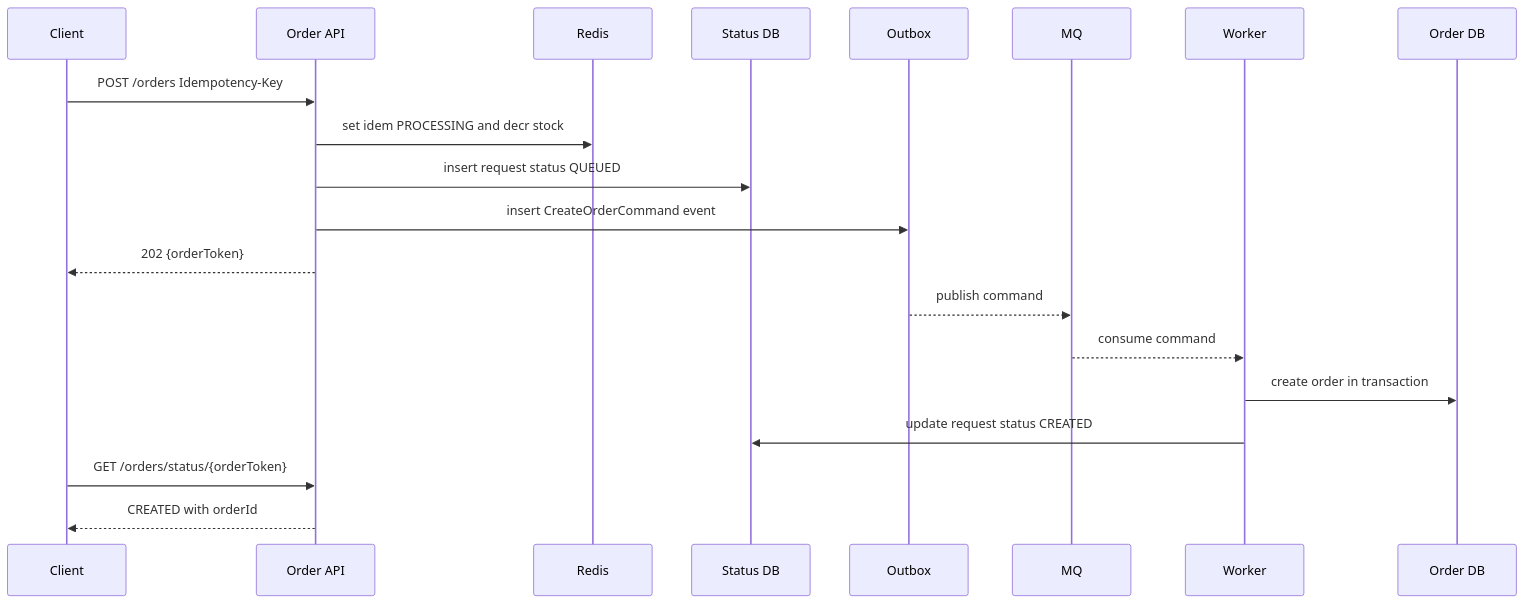
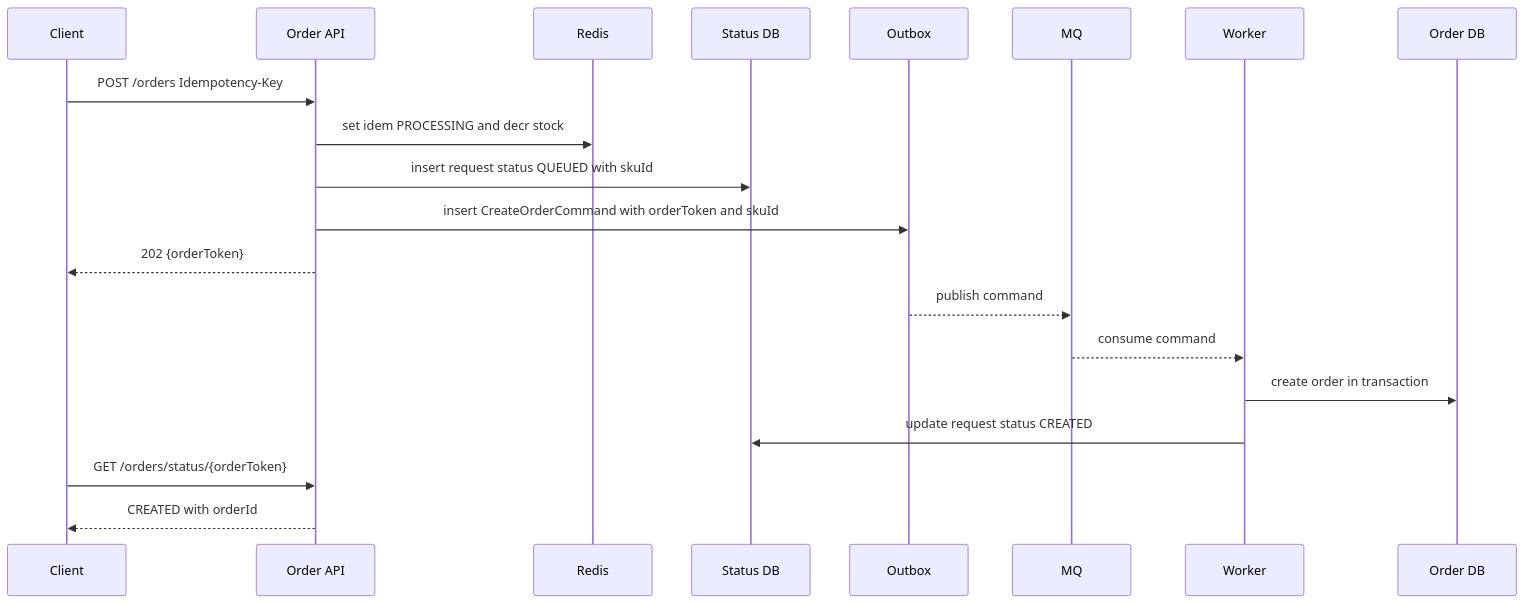
Before and after one commit to AmazingCaddy/readings-backend: the second of 3 diagrams in docs/collaboration/order-flow-collaboration.md, drawn with Mermaid. The commit also changed other lines of this file and 8 other files, not shown here.

````diff
--- a/docs/collaboration/order-flow-collaboration.md
+++ b/docs/collaboration/order-flow-collaboration.md
@@ -51,23 +51,23 @@
 ```mermaid
 sequenceDiagram
     participant C as Client
     participant API as Order API
     participant R as Redis
     participant DB as Status DB
     participant O as Outbox
     participant MQ as MQ
     participant W as Worker
     participant ODB as Order DB
 
     C->>API: POST /orders Idempotency-Key
     API->>R: set idem PROCESSING and decr stock
-    API->>DB: insert request status QUEUED
-    API->>O: insert CreateOrderCommand event
+    API->>DB: insert request status QUEUED with skuId
+    API->>O: insert CreateOrderCommand with orderToken and skuId
     API-->>C: 202 {orderToken}
     O-->>MQ: publish command
     MQ-->>W: consume command
     W->>ODB: create order in transaction
     W->>DB: update request status CREATED
     C->>API: GET /orders/status/{orderToken}
     API-->>C: CREATED with orderId
 ```
````
